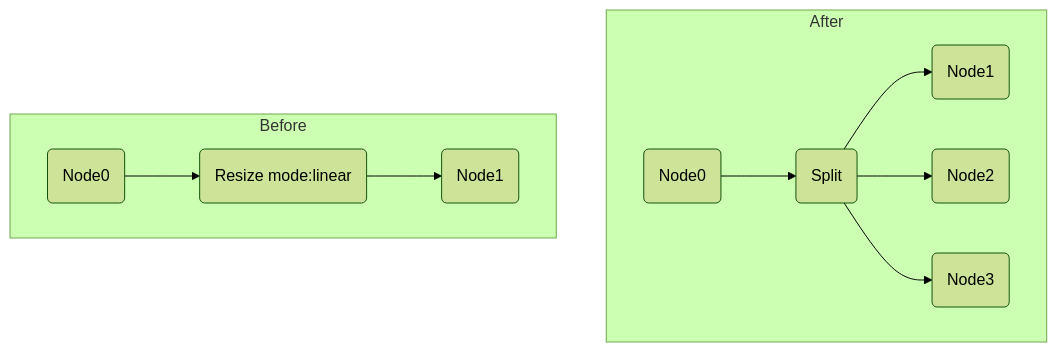
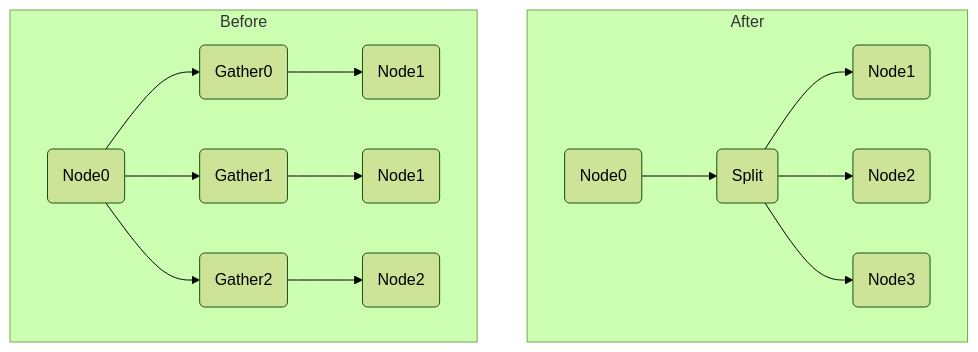
Before and after one commit to Ascend/msadvisor: the ninth of 9 diagrams in auto-optimizer/docs/knowledge_optimizer/knowledge_optimizer_rules.md, drawn with Mermaid (forest theme).

````diff
--- a/auto-optimizer/docs/knowledge_optimizer/knowledge_optimizer_rules.md
+++ b/auto-optimizer/docs/knowledge_optimizer/knowledge_optimizer_rules.md
@@ -286,14 +286,18 @@
 ```mermaid
 graph TD
     subgraph After
         X(Node0) --> D(Split)
         D --> E(Node1)
         D --> F(Node2)
         D --> G(Node3)
     end
 
     subgraph Before
-        Z(Node0) -->A(Resize mode:linear)
-        A --> B(Node1)
+        Z(Node0) --> A(Gather0)
+        Z --> B(Gather1)
+        Z --> C(Gather2)
+        A --> H(Node1)
+        B --> I(Node1)
+        C --> J(Node2)
     end
 ```
````
